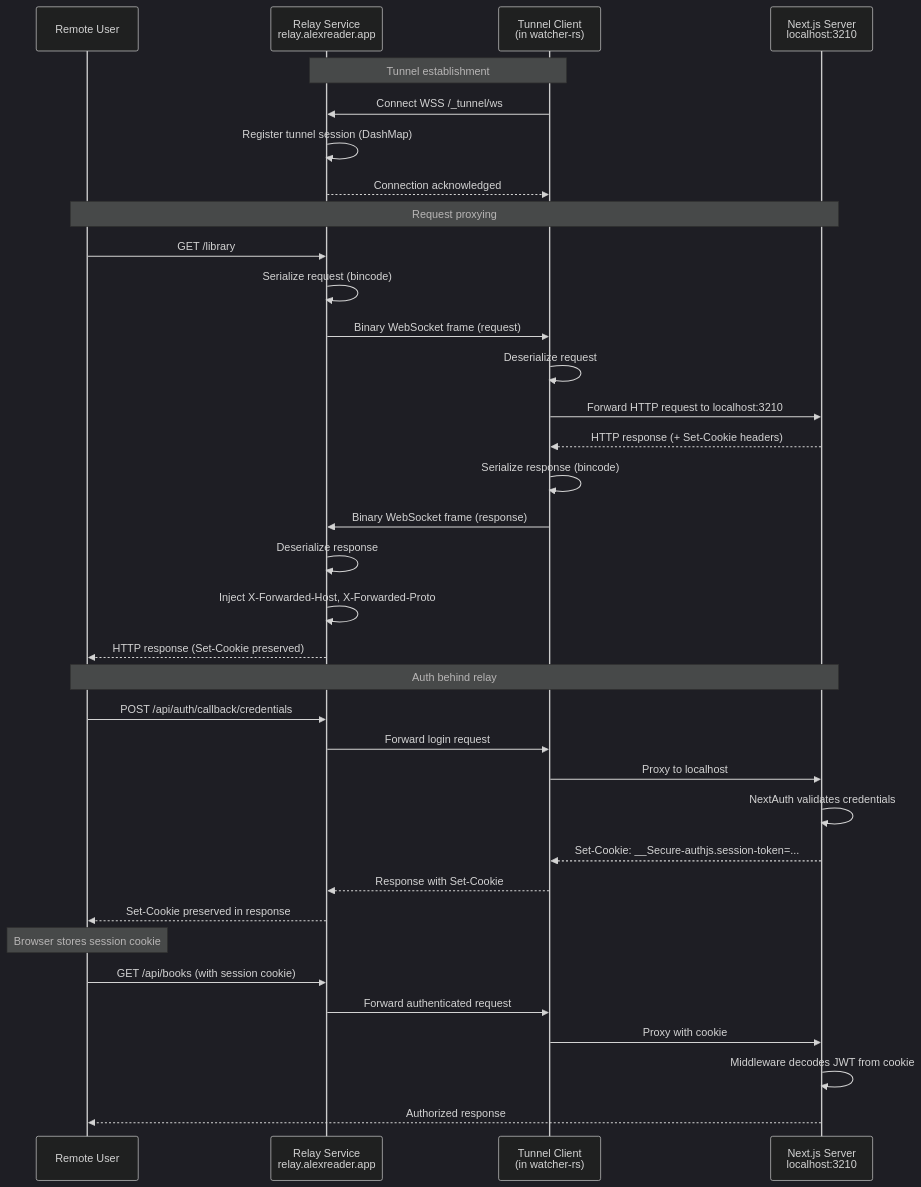
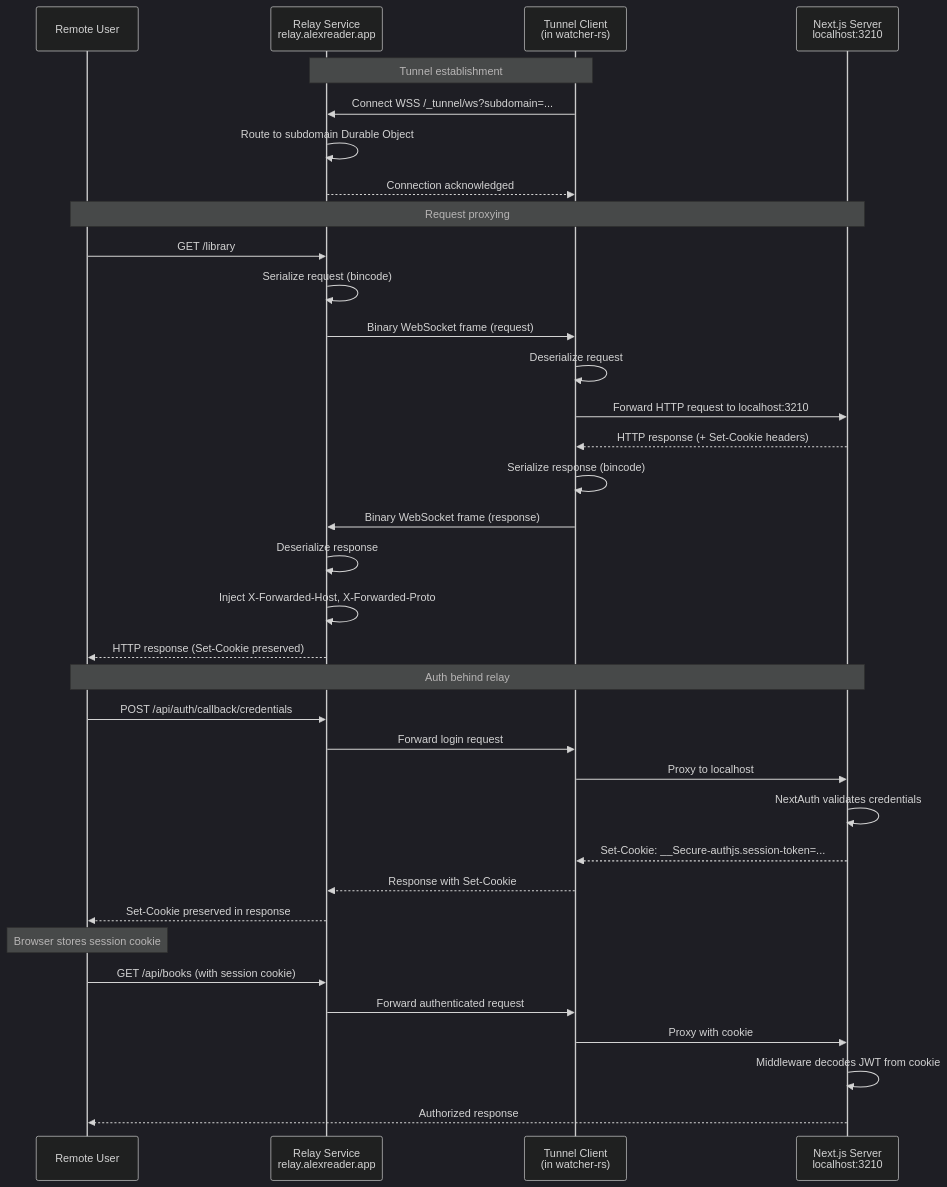
One commit to jamesacklin/alex changed the fourth of 11 diagrams in docs/design/sequence-diagrams.md. Above: the diagram before and after it, drawn with Mermaid (dark theme). The commit also changed other lines of this file and 29 other files, not shown here.

````diff
--- a/docs/design/sequence-diagrams.md
+++ b/docs/design/sequence-diagrams.md
@@ -238,40 +238,40 @@
 ```mermaid
 sequenceDiagram
     participant RemoteUser as Remote User
     participant Relay as Relay Service<br/>relay.alexreader.app
     participant Tunnel as Tunnel Client<br/>(in watcher-rs)
     participant Next as Next.js Server<br/>localhost:3210
 
     Note over Tunnel,Relay: Tunnel establishment
-    Tunnel->>Relay: Connect WSS /_tunnel/ws
-    Relay->>Relay: Register tunnel session (DashMap)
+    Tunnel->>Relay: Connect WSS /_tunnel/ws?subdomain=...
+    Relay->>Relay: Route to subdomain Durable Object
     Relay-->>Tunnel: Connection acknowledged
 
     Note over RemoteUser,Next: Request proxying
     RemoteUser->>Relay: GET /library
     Relay->>Relay: Serialize request (bincode)
     Relay->>Tunnel: Binary WebSocket frame (request)
     Tunnel->>Tunnel: Deserialize request
     Tunnel->>Next: Forward HTTP request to localhost:3210
     Next-->>Tunnel: HTTP response (+ Set-Cookie headers)
     Tunnel->>Tunnel: Serialize response (bincode)
     Tunnel->>Relay: Binary WebSocket frame (response)
     Relay->>Relay: Deserialize response
     Relay->>Relay: Inject X-Forwarded-Host, X-Forwarded-Proto
     Relay-->>RemoteUser: HTTP response (Set-Cookie preserved)
 
     Note over RemoteUser,Next: Auth behind relay
     RemoteUser->>Relay: POST /api/auth/callback/credentials
     Relay->>Tunnel: Forward login request
     Tunnel->>Next: Proxy to localhost
     Next->>Next: NextAuth validates credentials
     Next-->>Tunnel: Set-Cookie: __Secure-authjs.session-token=...
     Tunnel-->>Relay: Response with Set-Cookie
     Relay-->>RemoteUser: Set-Cookie preserved in response
     Note over RemoteUser: Browser stores session cookie
     RemoteUser->>Relay: GET /api/books (with session cookie)
     Relay->>Tunnel: Forward authenticated request
     Tunnel->>Next: Proxy with cookie
     Next->>Next: Middleware decodes JWT from cookie
     Next-->>RemoteUser: Authorized response
 ```
````
